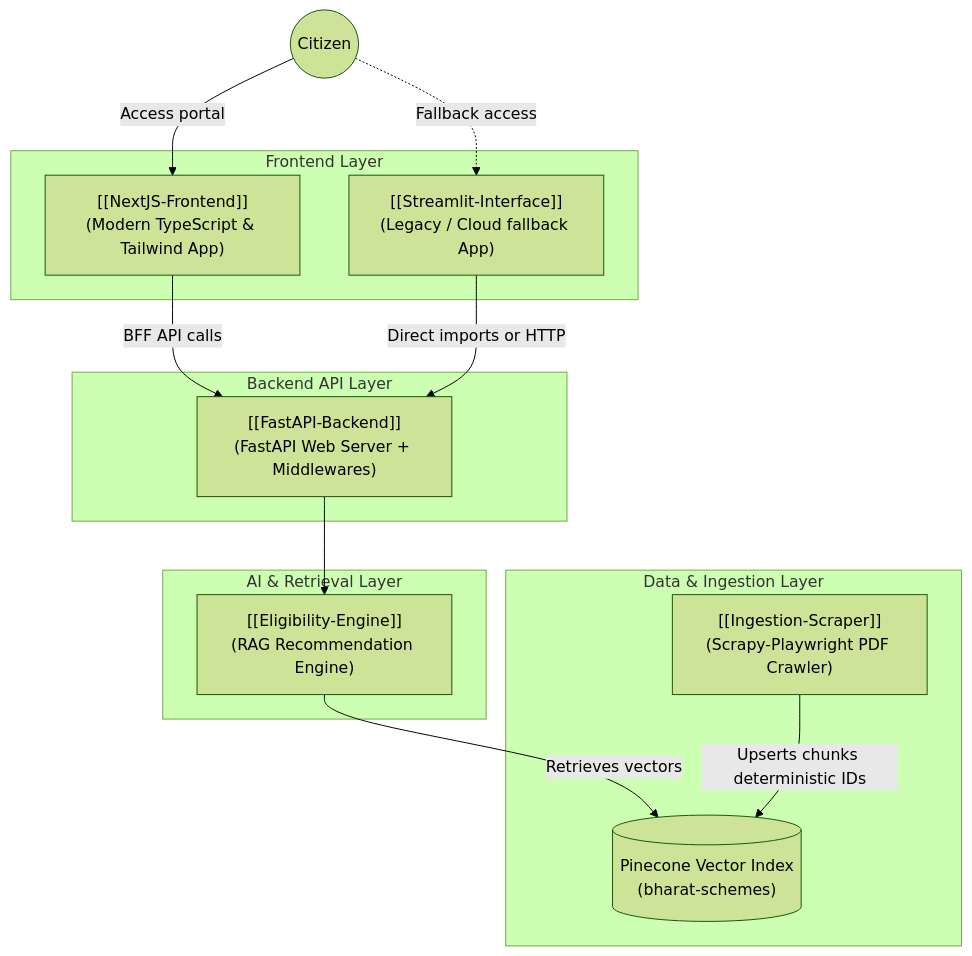
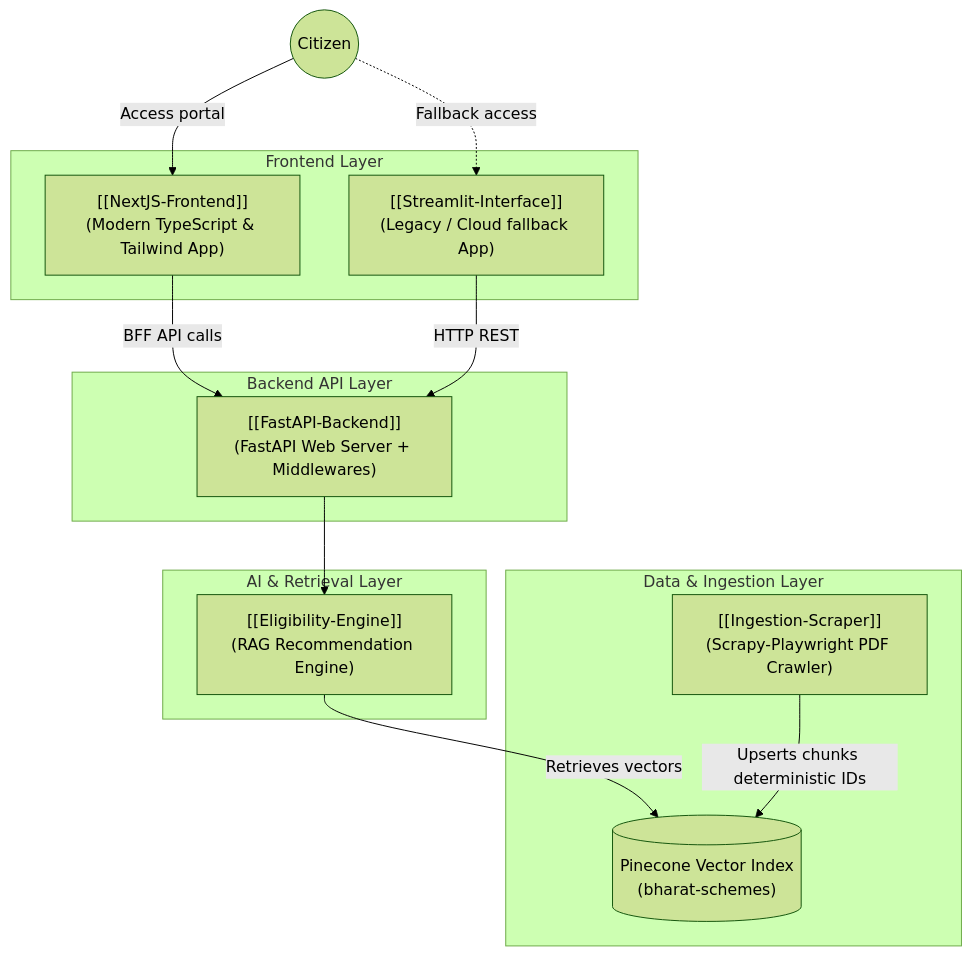
The diagram in .project-brain/PROJECT-BRAIN.md (Manavv007/S.A.R.A.L.-Scheme-Access-Retrieval-Analysis-Layer-), drawn with Mermaid (forest theme) before and after one commit. The commit also changed other lines of this file and 6 other files, not shown here.

````diff
--- a/.project-brain/PROJECT-BRAIN.md
+++ b/.project-brain/PROJECT-BRAIN.md
@@ -35,30 +35,30 @@
 ```mermaid
 graph TD
     User(("Citizen"))
     
     subgraph Frontend ["Frontend Layer"]
         NextJS["[[NextJS-Frontend]]\n(Modern TypeScript & Tailwind App)"]
         Streamlit["[[Streamlit-Interface]]\n(Legacy / Cloud fallback App)"]
     end
     
     subgraph Backend ["Backend API Layer"]
         FastAPI["[[FastAPI-Backend]]\n(FastAPI Web Server + Middlewares)"]
     end
 
     subgraph Brain ["AI & Retrieval Layer"]
         Engine["[[Eligibility-Engine]]\n(RAG Recommendation Engine)"]
     end
     
     subgraph Data ["Data & Ingestion Layer"]
         Scraper["[[Ingestion-Scraper]]\n(Scrapy-Playwright PDF Crawler)"]
         Pinecone[("Pinecone Vector Index\n(bharat-schemes)")]
     end
     
     User -->|Access portal| NextJS
     User -.->|Fallback access| Streamlit
     NextJS -->|BFF API calls| FastAPI
-    Streamlit -->|Direct imports or HTTP| FastAPI
+    Streamlit -->|HTTP REST| FastAPI
     FastAPI --> Engine
     Engine -->|Retrieves vectors| Pinecone
     Scraper -->|Upserts chunks deterministic IDs| Pinecone
 ```
````
